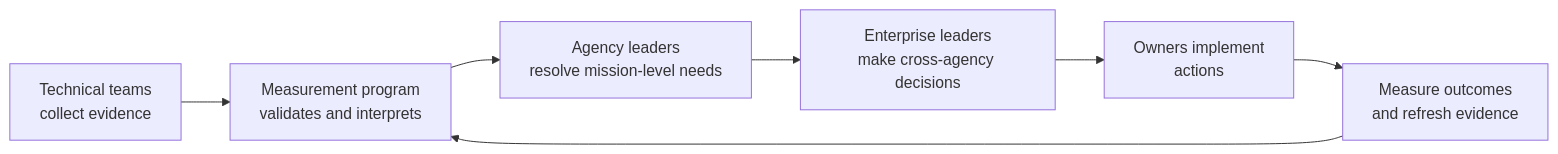
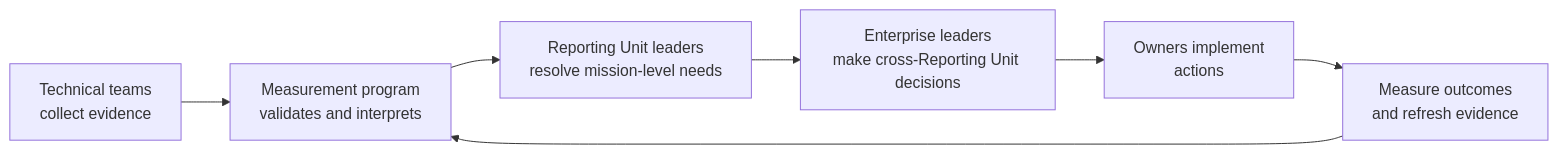
The diagram in README.md (11bztaylor/ReporttheReporter), drawn with Mermaid before and after one commit. The commit also changed other lines of this file, not shown here.

Commit message:
Use neutral Reporting Unit and platform terminology

````diff
--- a/README.md
+++ b/README.md
@@ -24,9 +24,9 @@
 ```mermaid
 flowchart LR
   A["Technical teams\ncollect evidence"] --> B["Measurement program\nvalidates and interprets"]
-  B --> C["Agency leaders\nresolve mission-level needs"]
-  C --> D["Enterprise leaders\nmake cross-agency decisions"]
+  B --> C["Reporting Unit leaders\nresolve mission-level needs"]
+  C --> D["Enterprise leaders\nmake cross-Reporting Unit decisions"]
   D --> E["Owners implement\nactions"]
   E --> F["Measure outcomes\nand refresh evidence"]
   F --> B
 ```
````
